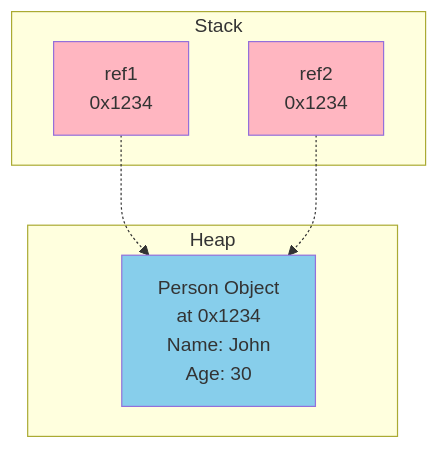
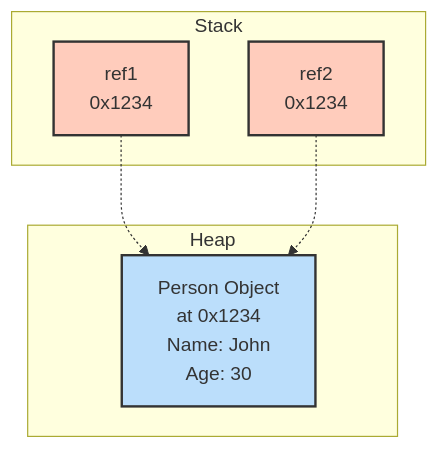
Before and after one commit to NguyenPhamCode4You/ai-home-lab-docker-compose: the fifth of 12 diagrams in C# fundamentals/day01-type-system.md, drawn with Mermaid. The commit also changed other lines of this file and 10 other files, not shown here.

````diff
--- a/C# fundamentals/day01-type-system.md
+++ b/C# fundamentals/day01-type-system.md
@@ -241,18 +247,18 @@
 ```mermaid
 graph TB
     subgraph Stack
         A[ref1<br/>0x1234]
         B[ref2<br/>0x1234]
     end
 
     subgraph Heap
         C[Person Object<br/>at 0x1234<br/>Name: John<br/>Age: 30]
     end
 
     A -.-> C
     B -.-> C
 
-    style A fill:#FFB6C1
-    style B fill:#FFB6C1
-    style C fill:#87CEEB
+    style A fill:#ffccbc,stroke:#333,stroke-width:2px
+    style B fill:#ffccbc,stroke:#333,stroke-width:2px
+    style C fill:#bbdefb,stroke:#333,stroke-width:2px
 ```
````
